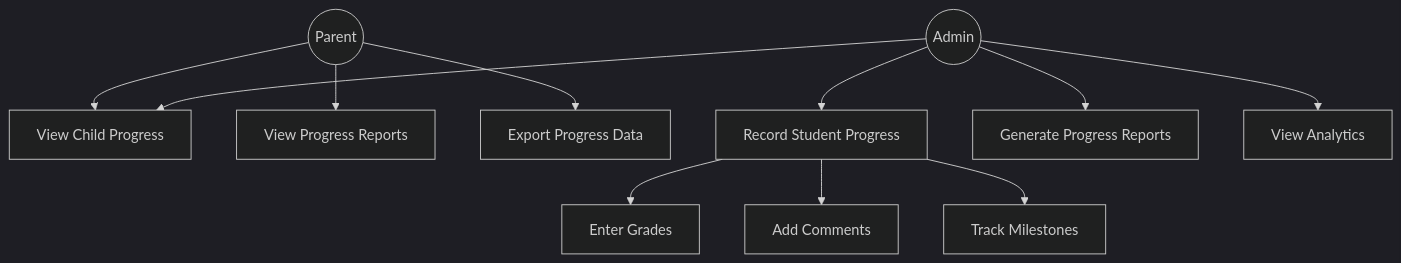
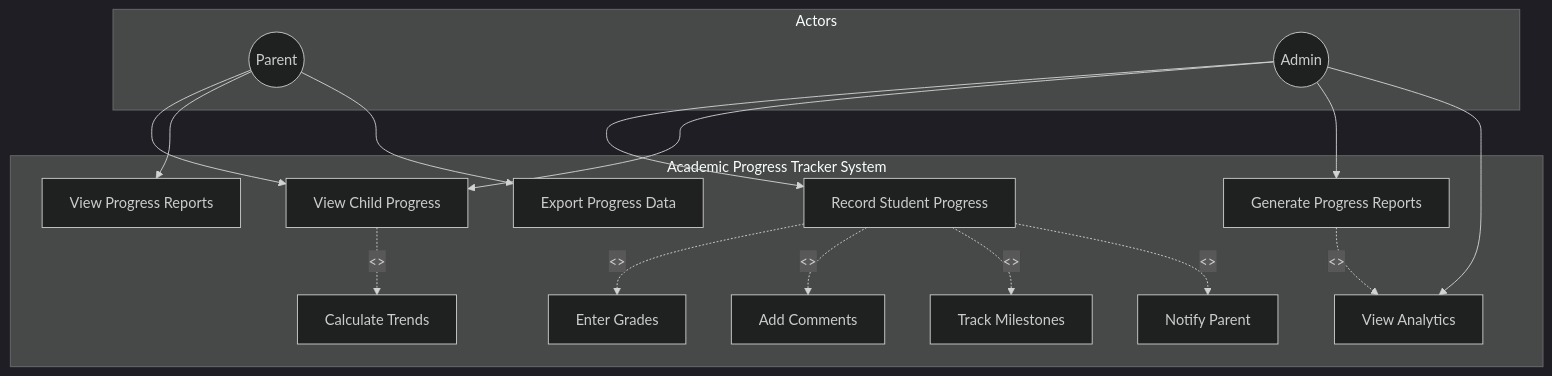
Before and after one commit to TongYwen/childfyp5: the third of 18 diagrams in diagrams.md, drawn with Mermaid (dark theme). The commit also changed other lines of this file, not shown here.

First line of the commit message:
Update diagrams with proper UML notation

````diff
--- a/diagrams.md
+++ b/diagrams.md
@@ -46,18 +79,37 @@
 ```mermaid
-graph TD
-    Parent((Parent))
-    Admin((Admin))
+graph TB
+    subgraph Actors
+        Parent((Parent))
+        Admin((Admin))
+    end
 
-    Parent --> ViewProgress[View Child Progress]
-    Parent --> ViewReports[View Progress Reports]
-    Parent --> ExportData[Export Progress Data]
+    subgraph "Academic Progress Tracker System"
+        ViewProgress[View Child Progress]
+        ViewReports[View Progress Reports]
+        ExportData[Export Progress Data]
+        RecordProgress[Record Student Progress]
+        GenerateReports[Generate Progress Reports]
+        ViewAnalytics[View Analytics]
+        EnterGrades[Enter Grades]
+        AddComments[Add Comments]
+        TrackMilestones[Track Milestones]
+        NotifyParent[Notify Parent]
+        CalculateTrends[Calculate Trends]
+    end
 
-    Admin --> RecordProgress[Record Student Progress]
+    Parent --> ViewProgress
+    Parent --> ViewReports
+    Parent --> ExportData
+
+    Admin --> RecordProgress
     Admin --> ViewProgress
-    Admin --> GenerateReports[Generate Progress Reports]
-    Admin --> ViewAnalytics[View Analytics]
+    Admin --> GenerateReports
+    Admin --> ViewAnalytics
 
-    RecordProgress --> EnterGrades[Enter Grades]
-    RecordProgress --> AddComments[Add Comments]
-    RecordProgress --> TrackMilestones[Track Milestones]
+    RecordProgress -.<<include>>.-> EnterGrades
+    RecordProgress -.<<extend>>.-> AddComments
+    RecordProgress -.<<extend>>.-> TrackMilestones
+    RecordProgress -.<<extend>>.-> NotifyParent
+    ViewProgress -.<<include>>.-> CalculateTrends
+    GenerateReports -.<<include>>.-> ViewAnalytics
 ```
````
